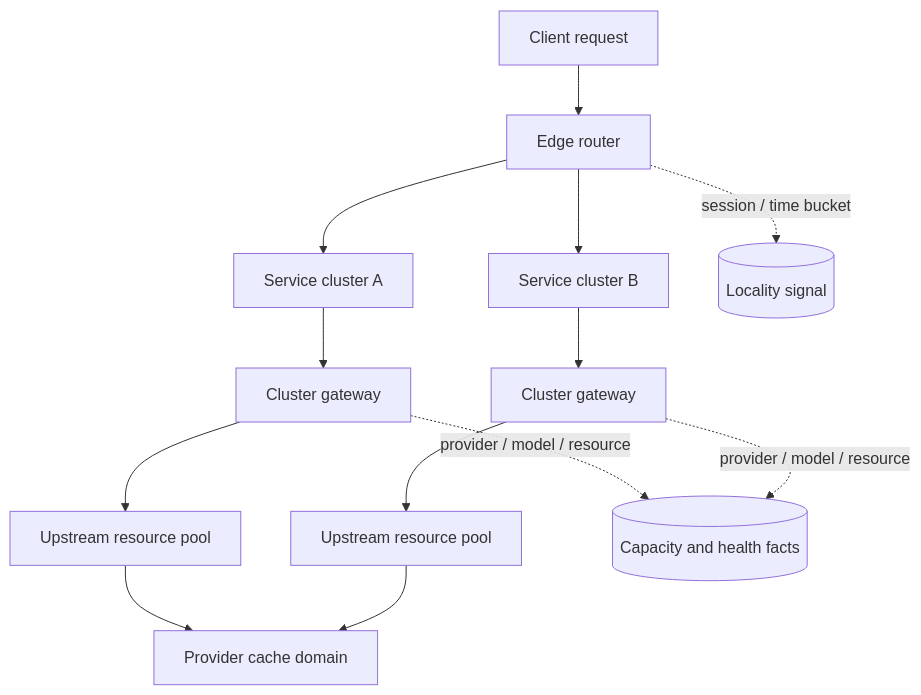
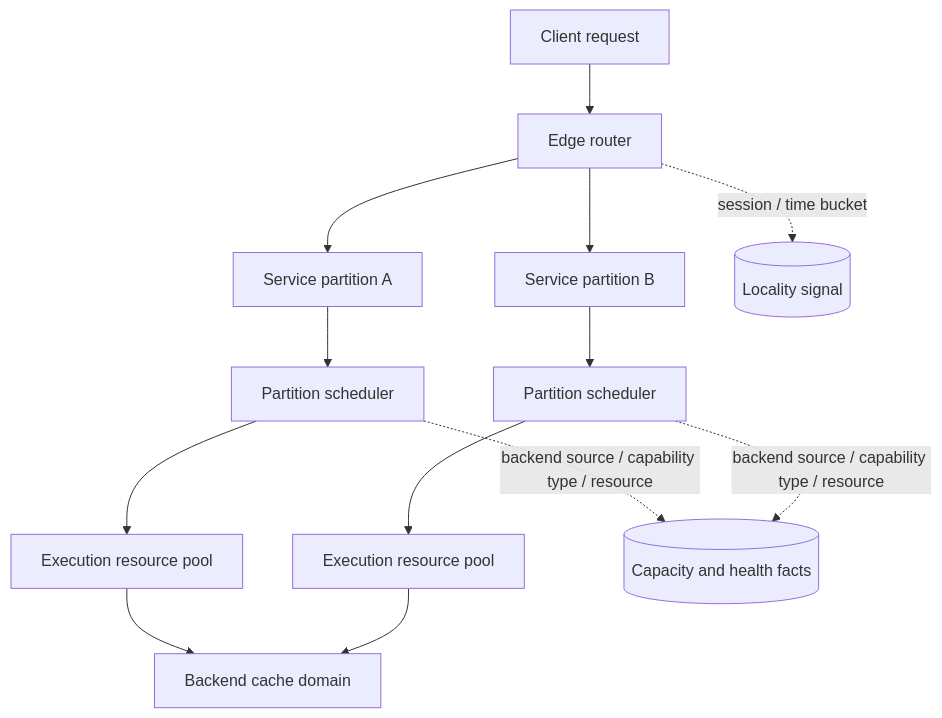
Before and after one commit to Liyuk/liyuk.github.io: the first of 3 diagrams in src/content/writing/2026/08/cache-optimization-and-locality/en.md, drawn with Mermaid. The commit also changed other lines of this file and 11 other files, not shown here.

````diff
--- a/src/content/writing/2026/08/cache-optimization-and-locality/en.md
+++ b/src/content/writing/2026/08/cache-optimization-and-locality/en.md
@@ -29,15 +30,15 @@
 ```mermaid
 flowchart TB
     A[Client request] --> B[Edge router]
-    B --> C1[Service cluster A]
-    B --> C2[Service cluster B]
-    C1 --> D1[Cluster gateway]
-    C2 --> D2[Cluster gateway]
-    D1 --> E1[Upstream resource pool]
-    D2 --> E2[Upstream resource pool]
-    E1 --> F[Provider cache domain]
+    B --> C1[Service partition A]
+    B --> C2[Service partition B]
+    C1 --> D1[Partition scheduler]
+    C2 --> D2[Partition scheduler]
+    D1 --> E1[Execution resource pool]
+    D2 --> E2[Execution resource pool]
+    E1 --> F[Backend cache domain]
     E2 --> F
     B -. session / time bucket .-> G[(Locality signal)]
-    D1 -. provider / model / resource .-> H[(Capacity and health facts)]
-    D2 -. provider / model / resource .-> H
+    D1 -. backend source / capability type / resource .-> H[(Capacity and health facts)]
+    D2 -. backend source / capability type / resource .-> H
 ```
````
